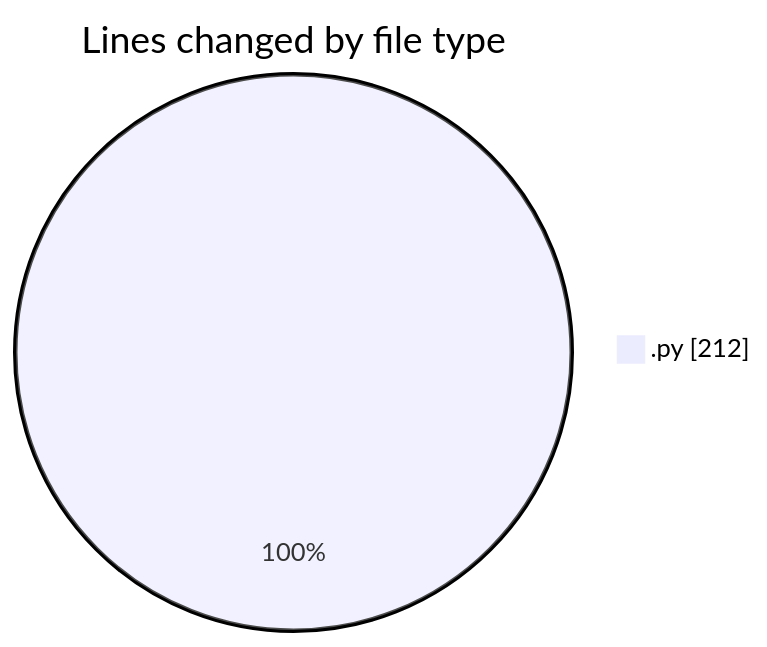
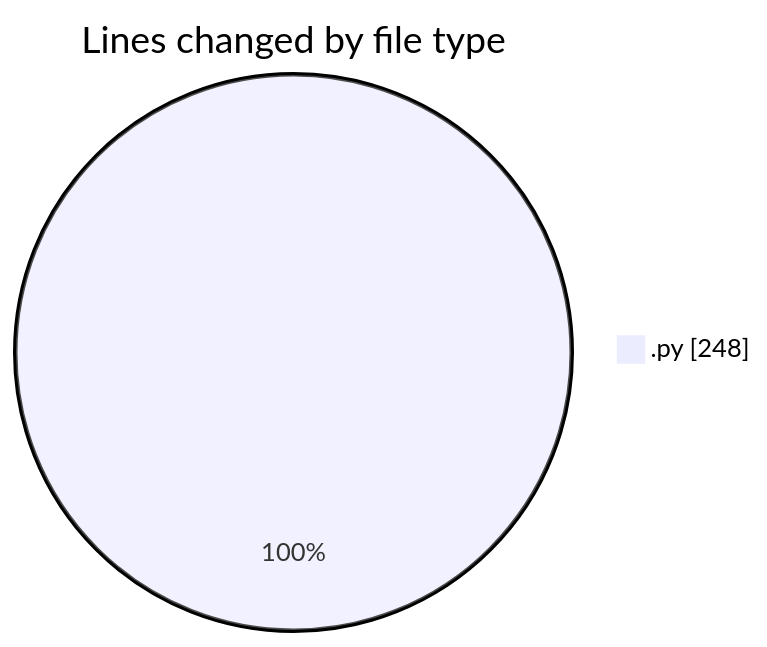
The first of 2 diagrams in 2025-06-02/myws__workspace_/README.md (MatusMokan/code-tracking), drawn with Mermaid before and after one commit. The commit also changed other lines of this file and 1 other file, not shown here.

````diff
--- a/2025-06-02/myws__workspace_/README.md
+++ b/2025-06-02/myws__workspace_/README.md
@@ -20,5 +20,5 @@
 ```mermaid
 pie showData
 title Lines changed by file type
-".py" : 212
+".py" : 248
 ```
````
